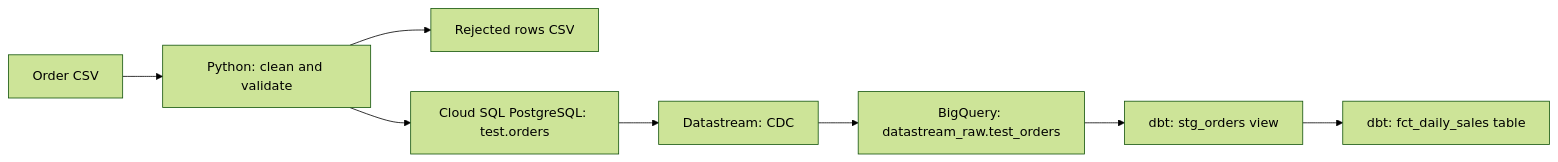
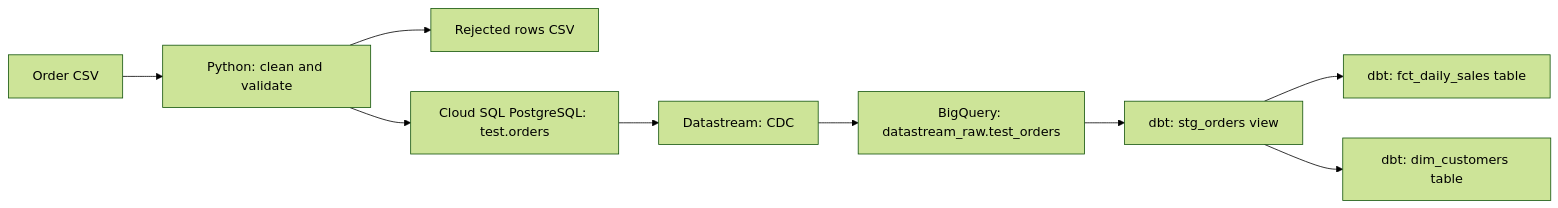
One commit to EunnaPark/postgres-bigquery-dbt-pipeline changed the diagram in README.md. Above: the diagram before and after it, drawn with Mermaid (forest theme). The commit also changed other lines of this file and 4 other files, not shown here.

First line of the commit message:
Add dim_customers mart with customer and reconciliation tests

````diff
--- a/README.md
+++ b/README.md
@@ -37,10 +37,11 @@
 ```mermaid
 flowchart LR
     CSV["Order CSV"] --> PY["Python: clean and validate"]
     PY --> ERR["Rejected rows CSV"]
     PY --> PG["Cloud SQL PostgreSQL: test.orders"]
     PG --> DS["Datastream: CDC"]
     DS --> RAW["BigQuery: datastream_raw.test_orders"]
     RAW --> STG["dbt: stg_orders view"]
     STG --> MART["dbt: fct_daily_sales table"]
+    STG --> DIM["dbt: dim_customers table"]
 ```
````
